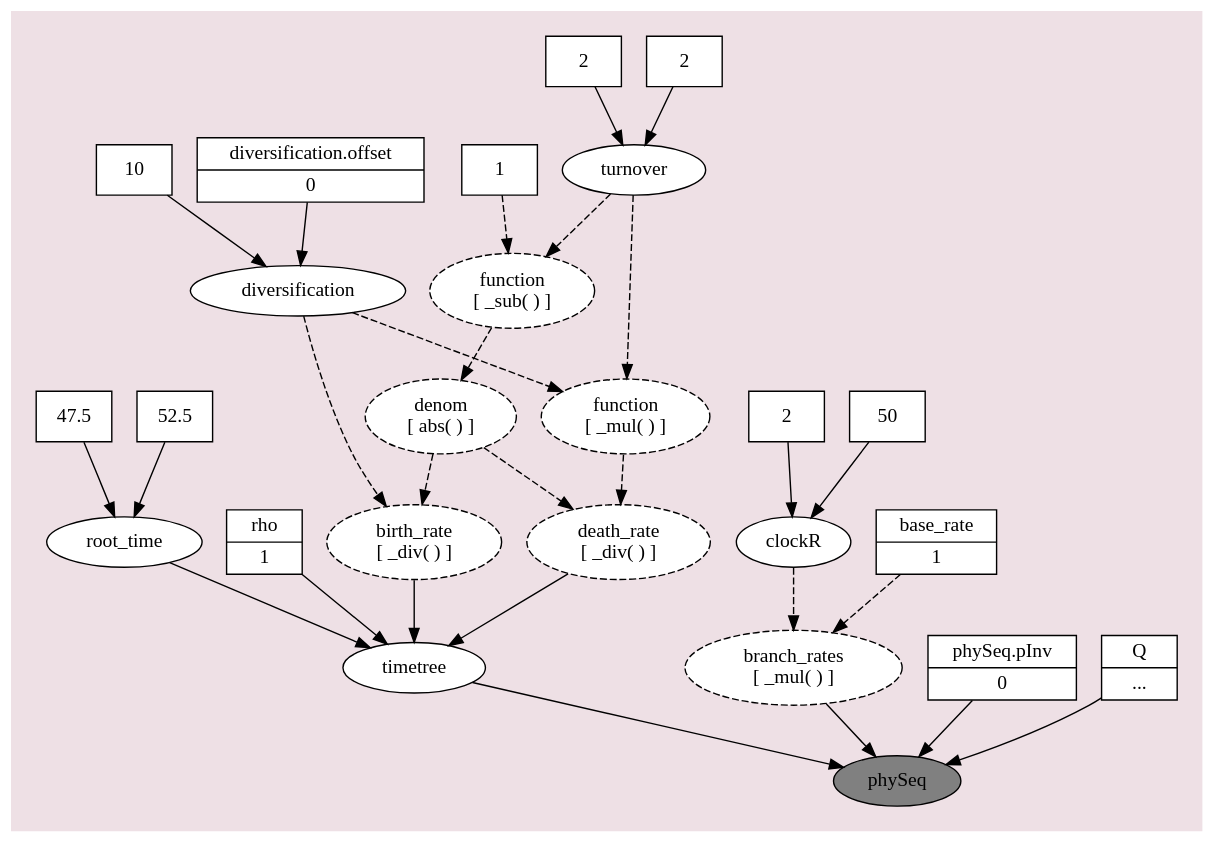
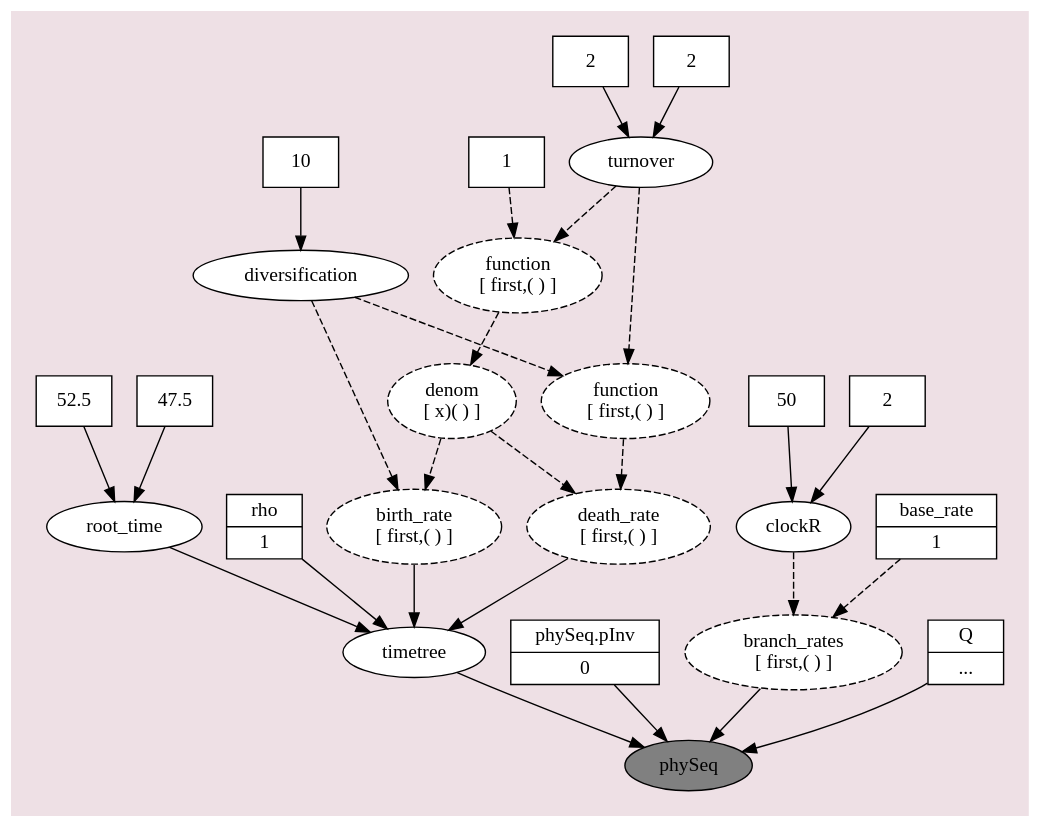
Before and after one commit to mlandis/RevTests: the diagram in simdpp_gmc/m_DPP_modelgraph.dot, drawn with Graphviz. The commit also changed 3 other files, not shown here.

```diff
--- a/simdpp_gmc/m_DPP_modelgraph.dot
+++ b/simdpp_gmc/m_DPP_modelgraph.dot
@@ -1,61 +1,59 @@
 /* Graphical model description in DOT language                                    */
 /*    To view graph:                                                              */
 /*       open this file in the program Graphviz: http://www.graphviz.org          */
 /*       or paste contents into an online viewer: http://stamm-wilbrandt.de/GraphvizFiddle */
 
 digraph REVDAG {
-   n_diversification_offset [shape=record, style=filled, fillcolor=white, label="{diversification.offset|0}"]
-   n_0x2a2dc20 [shape=box, style=filled, fillcolor=white, label="10"]
-   n_0x2a2cdb0 [shape=oval, style="dashed,filled", fillcolor=white, label="function\n[ _mul( ) ]"]
-   n_death_rate [shape=oval, style="dashed,filled", fillcolor=white, label="death_rate\n[ _div( ) ]"]
+   n_turnover [shape=oval, style=filled, fillcolor=white, label="turnover"]
+   n_0x7fe39361ef60 [shape=box, style=filled, fillcolor=white, label="2"]
+   n_0x7fe39361f060 [shape=box, style=filled, fillcolor=white, label="2"]
+   n_0x7fe39361f160 [shape=oval, style="dashed,filled", fillcolor=white, label="function\n[ first,( ) ]"]
+   n_0x7fe39361f270 [shape=box, style=filled, fillcolor=white, label="1"]
+   n_denom [shape=oval, style="dashed,filled", fillcolor=white, label="denom\n[ x)( ) ]"]
+   n_death_rate [shape=oval, style="dashed,filled", fillcolor=white, label="death_rate\n[ first,( ) ]"]
+   n_0x7fe39361f870 [shape=oval, style="dashed,filled", fillcolor=white, label="function\n[ first,( ) ]"]
+   n_diversification [shape=oval, style=filled, fillcolor=white, label="diversification"]
+   n_0x7fe393620510 [shape=box, style=filled, fillcolor=white, label="10"]
+   n_birth_rate [shape=oval, style="dashed,filled", fillcolor=white, label="birth_rate\n[ first,( ) ]"]
    n_timetree [shape=oval, style=filled, fillcolor=white, label="timetree"]
-   n_branch_rates [shape=oval, style="dashed,filled", fillcolor=white, label="branch_rates\n[ _mul( ) ]"]
-   n_clockR [shape=oval, style=filled, fillcolor=white, label="clockR"]
-   n_0x3def580 [shape=box, style=filled, fillcolor=white, label="50"]
-   n_0x3def730 [shape=box, style=filled, fillcolor=white, label="2"]
-   n_turnover [shape=oval, style=filled, fillcolor=white, label="turnover"]
-   n_0x2a2cb10 [shape=box, style=filled, fillcolor=white, label="2"]
-   n_0x2a2cc60 [shape=box, style=filled, fillcolor=white, label="2"]
-   n_0x2a2e570 [shape=oval, style="dashed,filled", fillcolor=white, label="function\n[ _sub( ) ]"]
-   n_0x2a2e960 [shape=box, style=filled, fillcolor=white, label="1"]
-   n_denom [shape=oval, style="dashed,filled", fillcolor=white, label="denom\n[ abs( ) ]"]
-   n_birth_rate [shape=oval, style="dashed,filled", fillcolor=white, label="birth_rate\n[ _div( ) ]"]
-   n_diversification [shape=oval, style=filled, fillcolor=white, label="diversification"]
-   n_base_rate [shape=record, style=filled, fillcolor=white, label="{base_rate|1}"]
-   n_phySeq_pInv [shape=record, style=filled, fillcolor=white, label="{phySeq.pInv|0}"]
-   n_Q [shape=record, style=filled, fillcolor=white, label="{Q|...}"]
    n_root_time [shape=oval, style=filled, fillcolor=white, label="root_time"]
-   n_0x2a372d0 [shape=box, style=filled, fillcolor=white, label="52.5"]
-   n_0x2a37460 [shape=box, style=filled, fillcolor=white, label="47.5"]
+   n_0x7fe393627110 [shape=box, style=filled, fillcolor=white, label="47.5"]
+   n_0x7fe393627230 [shape=box, style=filled, fillcolor=white, label="52.5"]
    n_rho [shape=record, style=filled, fillcolor=white, label="{rho|1}"]
    n_phySeq [shape=oval, style=filled, fillcolor=gray, label="phySeq"]
-   n_diversification_offset -> n_diversification
-   n_0x2a2dc20 -> n_diversification
-   n_0x2a2cdb0 -> n_death_rate[style=dashed]
+   n_phySeq_pInv [shape=record, style=filled, fillcolor=white, label="{phySeq.pInv|0}"]
+   n_branch_rates [shape=oval, style="dashed,filled", fillcolor=white, label="branch_rates\n[ first,( ) ]"]
+   n_clockR [shape=oval, style=filled, fillcolor=white, label="clockR"]
+   n_0x7fe39362ecf0 [shape=box, style=filled, fillcolor=white, label="2"]
+   n_0x7fe39362ee10 [shape=box, style=filled, fillcolor=white, label="50"]
+   n_base_rate [shape=record, style=filled, fillcolor=white, label="{base_rate|1}"]
+   n_Q [shape=record, style=filled, fillcolor=white, label="{Q|...}"]
+   n_turnover -> n_0x7fe39361f160[style=dashed]
+   n_turnover -> n_0x7fe39361f870[style=dashed]
+   n_0x7fe39361ef60 -> n_turnover
+   n_0x7fe39361f060 -> n_turnover
+   n_0x7fe39361f160 -> n_denom[style=dashed]
+   n_0x7fe39361f270 -> n_0x7fe39361f160[style=dashed]
+   n_denom -> n_birth_rate[style=dashed]
+   n_denom -> n_death_rate[style=dashed]
    n_death_rate -> n_timetree
+   n_0x7fe39361f870 -> n_death_rate[style=dashed]
+   n_diversification -> n_birth_rate[style=dashed]
+   n_diversification -> n_0x7fe39361f870[style=dashed]
+   n_0x7fe393620510 -> n_diversification
+   n_birth_rate -> n_timetree
    n_timetree -> n_phySeq
+   n_root_time -> n_timetree
+   n_0x7fe393627110 -> n_root_time
+   n_0x7fe393627230 -> n_root_time
+   n_rho -> n_timetree
+   n_phySeq_pInv -> n_phySeq
    n_branch_rates -> n_phySeq
    n_clockR -> n_branch_rates[style=dashed]
-   n_0x3def580 -> n_clockR
-   n_0x3def730 -> n_clockR
-   n_turnover -> n_0x2a2cdb0[style=dashed]
-   n_turnover -> n_0x2a2e570[style=dashed]
-   n_0x2a2cb10 -> n_turnover
-   n_0x2a2cc60 -> n_turnover
-   n_0x2a2e570 -> n_denom[style=dashed]
-   n_0x2a2e960 -> n_0x2a2e570[style=dashed]
-   n_denom -> n_birth_rate[style=dashed]
-   n_denom -> n_death_rate[style=dashed]
-   n_birth_rate -> n_timetree
-   n_diversification -> n_0x2a2cdb0[style=dashed]
-   n_diversification -> n_birth_rate[style=dashed]
+   n_0x7fe39362ecf0 -> n_clockR
+   n_0x7fe39362ee10 -> n_clockR
    n_base_rate -> n_branch_rates[style=dashed]
-   n_phySeq_pInv -> n_phySeq
    n_Q -> n_phySeq
-   n_root_time -> n_timetree
-   n_0x2a372d0 -> n_root_time
-   n_0x2a37460 -> n_root_time
-   n_rho -> n_timetree
    {rank=same; n_phySeq;}
    graph [bgcolor=lavenderblush2, pad=0.25]
 }
```
